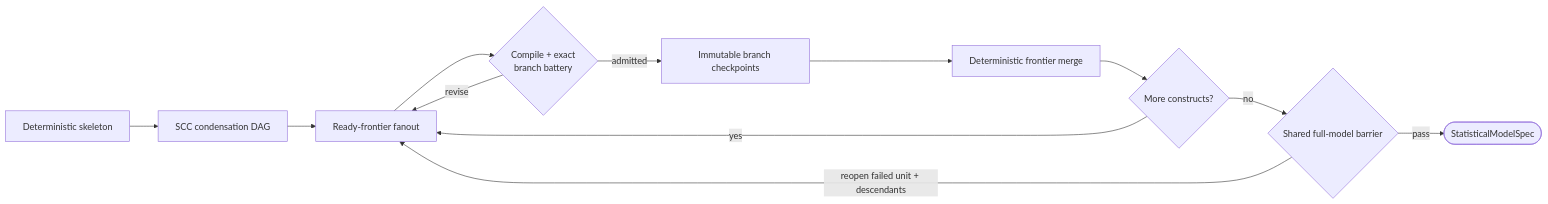
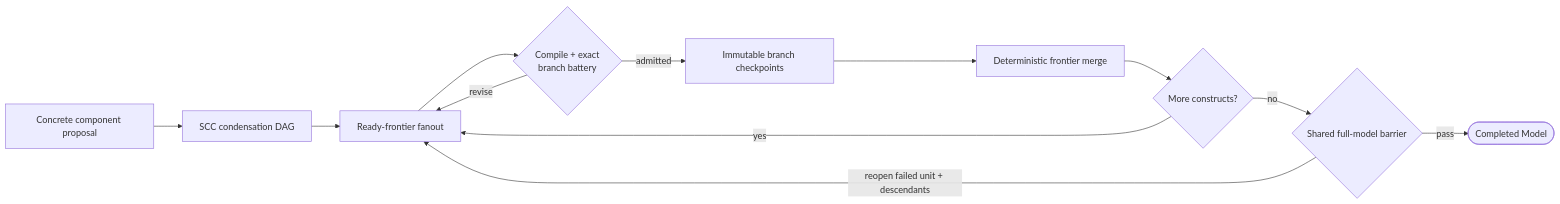
The diagram in docs/pipeline/statistical-model-spec.md (ma9o/nof1-causal-lab), drawn with Mermaid before and after one commit. The commit also changed other lines of this file and 30 other files, not shown here.

First line of the commit message:
Document additive model architecture and agent workflows

````diff
--- a/docs/pipeline/statistical-model-spec.md
+++ b/docs/pipeline/statistical-model-spec.md
@@ -27,14 +27,14 @@
 ```mermaid
 flowchart LR
-    S[Deterministic skeleton] --> O[SCC condensation DAG]
+    S[Concrete component proposal] --> O[SCC condensation DAG]
     O --> P[Ready-frontier fanout]
     P --> A{Compile + exact\nbranch battery}
     A -- revise --> P
     A -- admitted --> C[Immutable branch checkpoints]
     C --> M[Deterministic frontier merge]
     M --> N{More constructs?}
     N -- yes --> P
     N -- no --> B{Shared full-model barrier}
     B -- reopen failed unit + descendants --> P
-    B -- pass --> F([StatisticalModelSpec])
+    B -- pass --> F([Completed Model])
 ```
````
